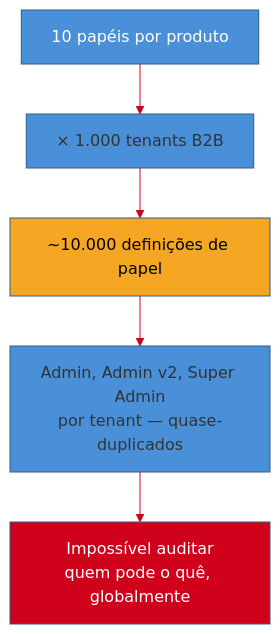
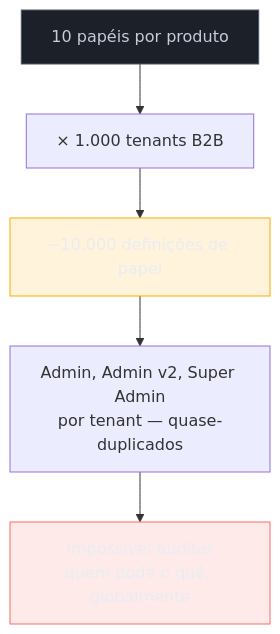
One commit to josenaldo/codex-technomanticus changed the second of 5 diagrams in 03-Dominios/Engenharia/Auth e Identidade/3 - Autorização e multi-tenancy/01 - RBAC, ABAC e ReBAC — os três modelos.md. Above: the diagram before and after it, drawn with Mermaid. The commit also changed other lines of this file and 1181 other files, not shown here.

First line of the commit message:
fix(diagramas): paleta do sistema no lugar de cor cravada no markdown

````diff
--- a/03-Dominios/Engenharia/Auth e Identidade/3 - Autorização e multi-tenancy/01 - RBAC, ABAC e ReBAC — os três modelos.md
+++ b/03-Dominios/Engenharia/Auth e Identidade/3 - Autorização e multi-tenancy/01 - RBAC, ABAC e ReBAC — os três modelos.md
@@ -72,12 +73,14 @@
 ```mermaid
-%%{init: {"theme": "base", "themeVariables": {"primaryColor": "#4A90D9", "primaryBorderColor": "#2E5C8A", "lineColor": "#D0021B"}}}%%
 graph TD
+    classDef neutro fill:#1B2029,stroke:#4E5666,color:#C6CCD8
+    classDef destaque fill:#FFAA0024,stroke:#FFAA00,color:#E9ECF2
+    classDef falha fill:#FF6B6B24,stroke:#FF6B6B,color:#E9ECF2
     A["10 papéis por produto"] --> B["× 1.000 tenants B2B"]
     B --> C["~10.000 definições de papel"]
     C --> D["Admin, Admin v2, Super Admin<br/>por tenant — quase-duplicados"]
     D --> E["Impossível auditar<br/>quem pode o quê, globalmente"]
 
-    style A fill:#4A90D9,color:#fff
-    style C fill:#F5A623,color:#000
-    style E fill:#D0021B,color:#fff
+    class A neutro
+    class C destaque
+    class E falha
 ```
````
